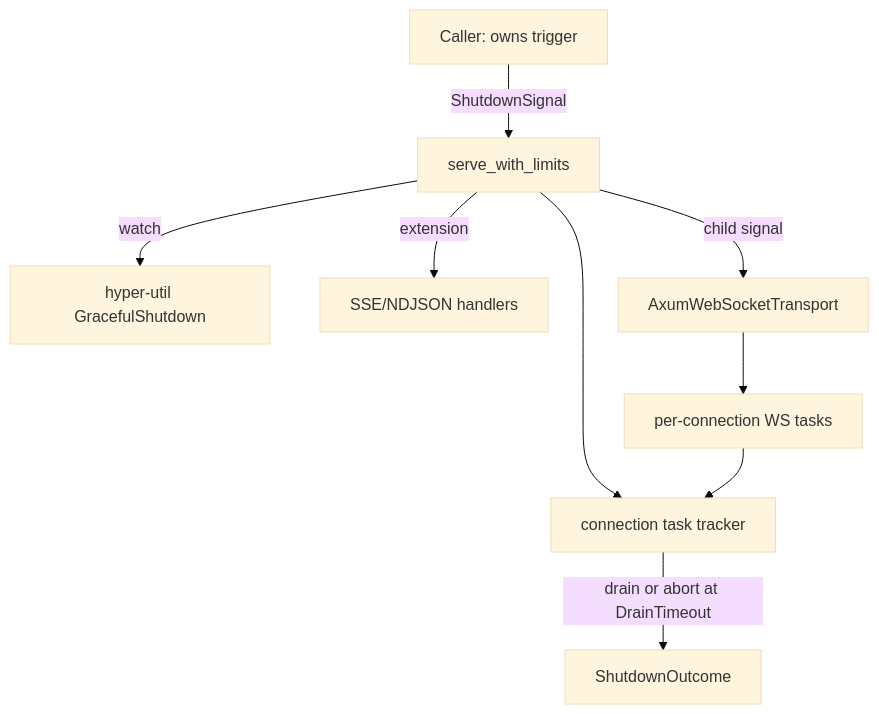
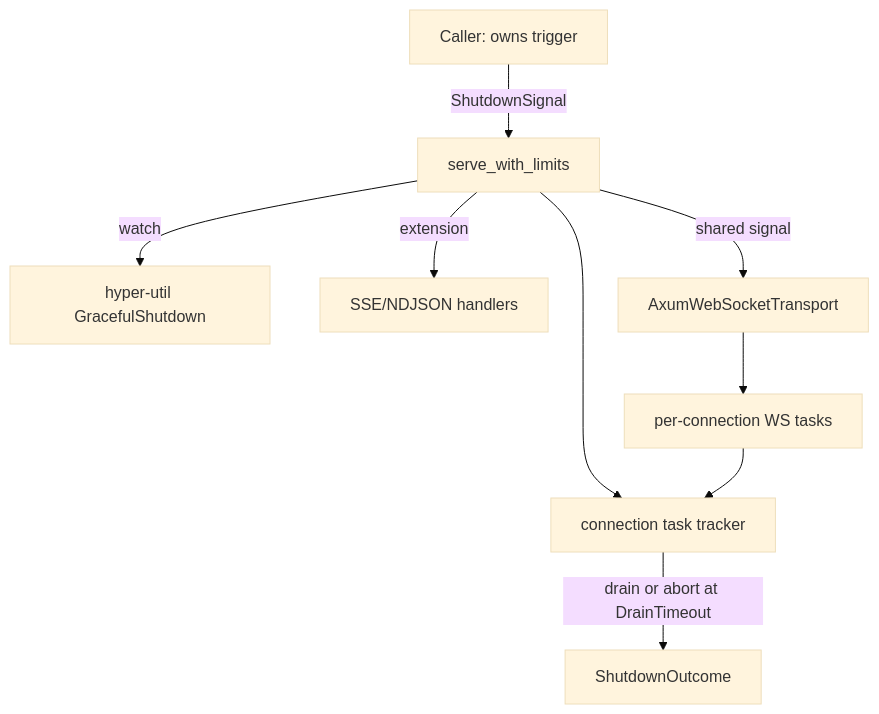
Before and after one commit to bug-ops/pjs: the diagram in specs/http/037-graceful-shutdown-serve-with-limits/plan.md, drawn with Mermaid (base theme). The commit also changed other lines of this file and 131 other files, not shown here.

First line of the commit message:
fix: batch of CI, WebSocket, HTTP, domain, security-config and demo fixes (#635)

````diff
--- a/specs/http/037-graceful-shutdown-serve-with-limits/plan.md
+++ b/specs/http/037-graceful-shutdown-serve-with-limits/plan.md
@@ -34,11 +34,11 @@
 ```mermaid
 graph TD
     Caller[Caller: owns trigger] -->|ShutdownSignal| Serve[serve_with_limits]
     Serve -->|watch| Hyper[hyper-util GracefulShutdown]
     Serve -->|extension| Handlers[SSE/NDJSON handlers]
-    Serve -->|child signal| WS[AxumWebSocketTransport]
+    Serve -->|shared signal| WS[AxumWebSocketTransport]
     WS --> WSTasks[per-connection WS tasks]
     Serve --> Tracker[connection task tracker]
     WSTasks --> Tracker
     Tracker -->|drain or abort at DrainTimeout| Outcome[ShutdownOutcome]
 ```
````
